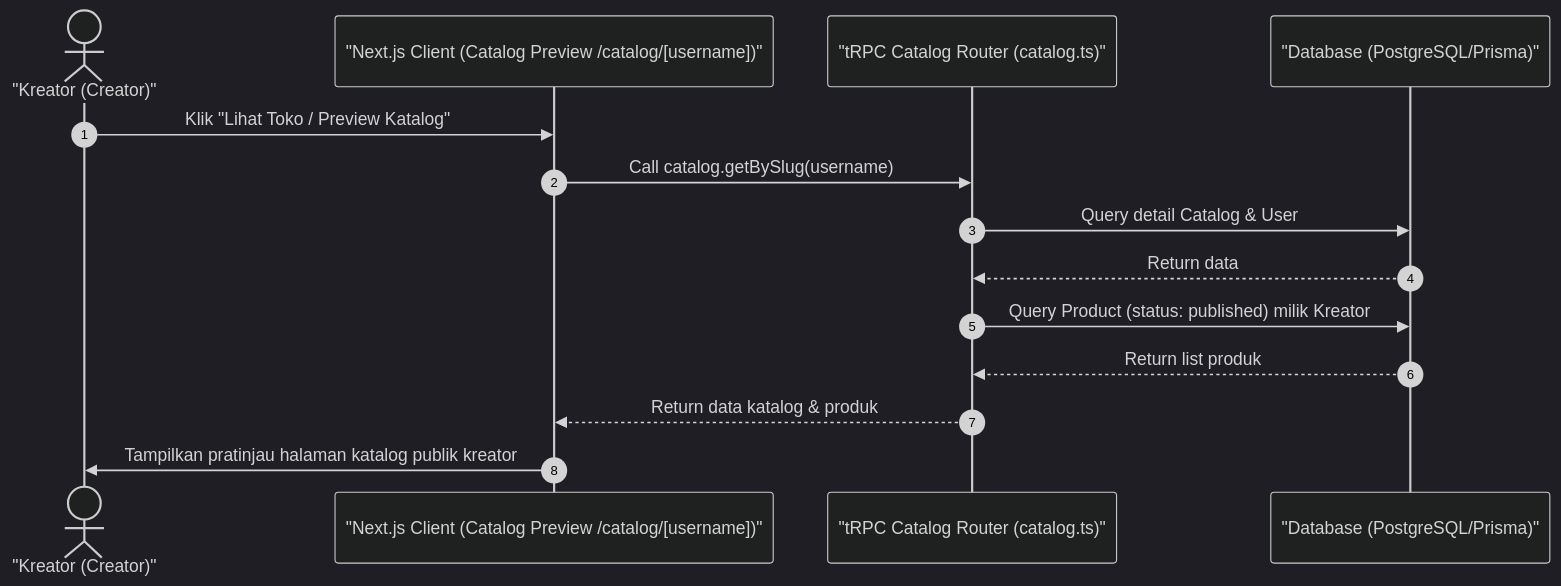
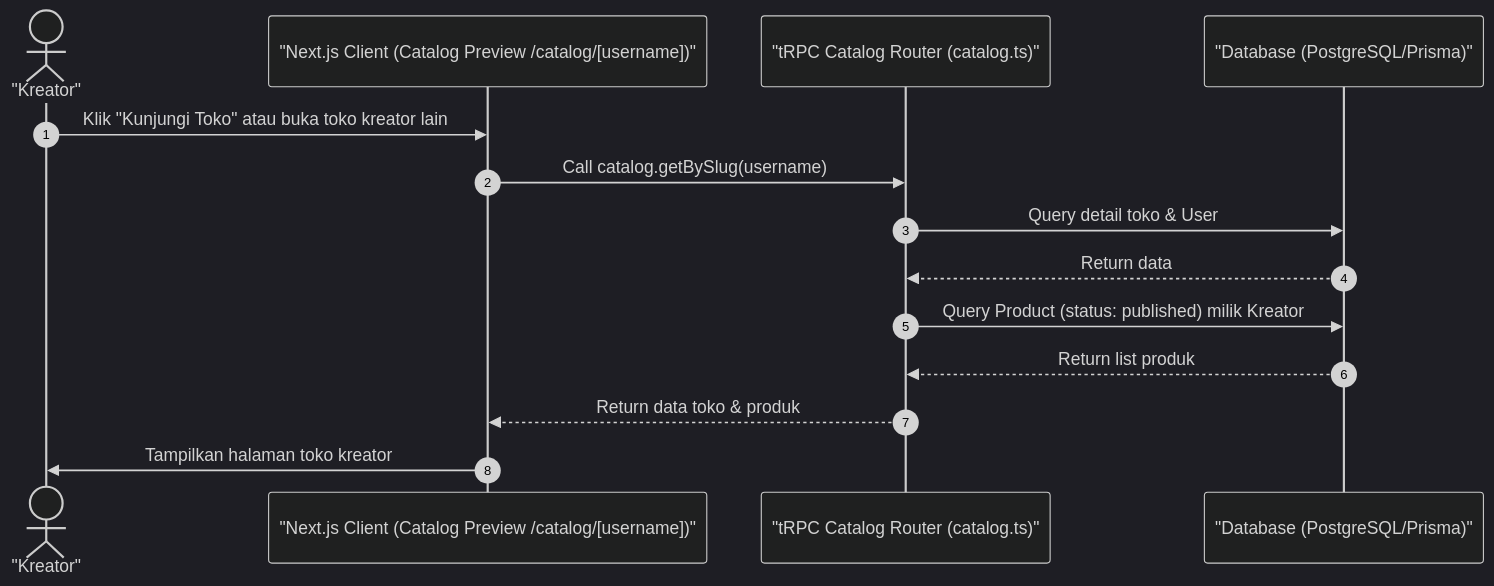
Before and after one commit to luputer/CuanIN: the diagram in docs/36-creator-catalog-view.md, drawn with Mermaid (dark theme). The commit also changed 53 other files, not shown here.

````diff
--- a/docs/36-creator-catalog-view.md
+++ b/docs/36-creator-catalog-view.md
@@ -5,18 +5,18 @@
 ```mermaid
 sequenceDiagram
     autonumber
-    actor Creator as "Kreator (Creator)"
+    actor Creator as "Kreator"
     participant Client as "Next.js Client (Catalog Preview /catalog/[username])"
     participant Server as "tRPC Catalog Router (catalog.ts)"
     participant DB as "Database (PostgreSQL/Prisma)"
 
-    Creator->>Client: Klik "Lihat Toko / Preview Katalog"
+    Creator->>Client: Klik "Kunjungi Toko" atau buka toko kreator lain
     Client->>Server: Call catalog.getBySlug(username)
-    Server->>DB: Query detail Catalog & User
+    Server->>DB: Query detail toko & User
     DB-->>Server: Return data
     Server->>DB: Query Product (status: published) milik Kreator
     DB-->>Server: Return list produk
-    Server-->>Client: Return data katalog & produk
-    Client->>Creator: Tampilkan pratinjau halaman katalog publik kreator
+    Server-->>Client: Return data toko & produk
+    Client->>Creator: Tampilkan halaman toko kreator
 
 ```
````
